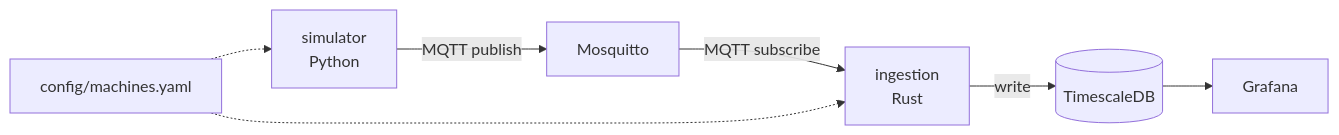
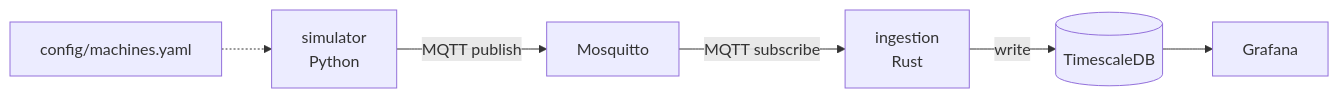
One commit to GiuseppeSaluto/MQTT-Telemetry-Lab changed the diagram in README.md. Above: the diagram before and after it, drawn with Mermaid. The commit also changed 1 other file, not shown here.

Commit message:
Update Docker Compose configuration for service ports and add restart policies for simulator and ingestion

````diff
--- a/README.md
+++ b/README.md
@@ -25,9 +25,8 @@
 ```mermaid
 flowchart LR
     SIM[simulator\nPython] -->|MQTT publish| MQ[Mosquitto]
     MQ -->|MQTT subscribe| ING[ingestion\nRust]
     ING -->|write| DB[(TimescaleDB)]
     DB --> GRAF[Grafana]
     CFG[config/machines.yaml] -.-> SIM
-    CFG -.-> ING
 ```
````
